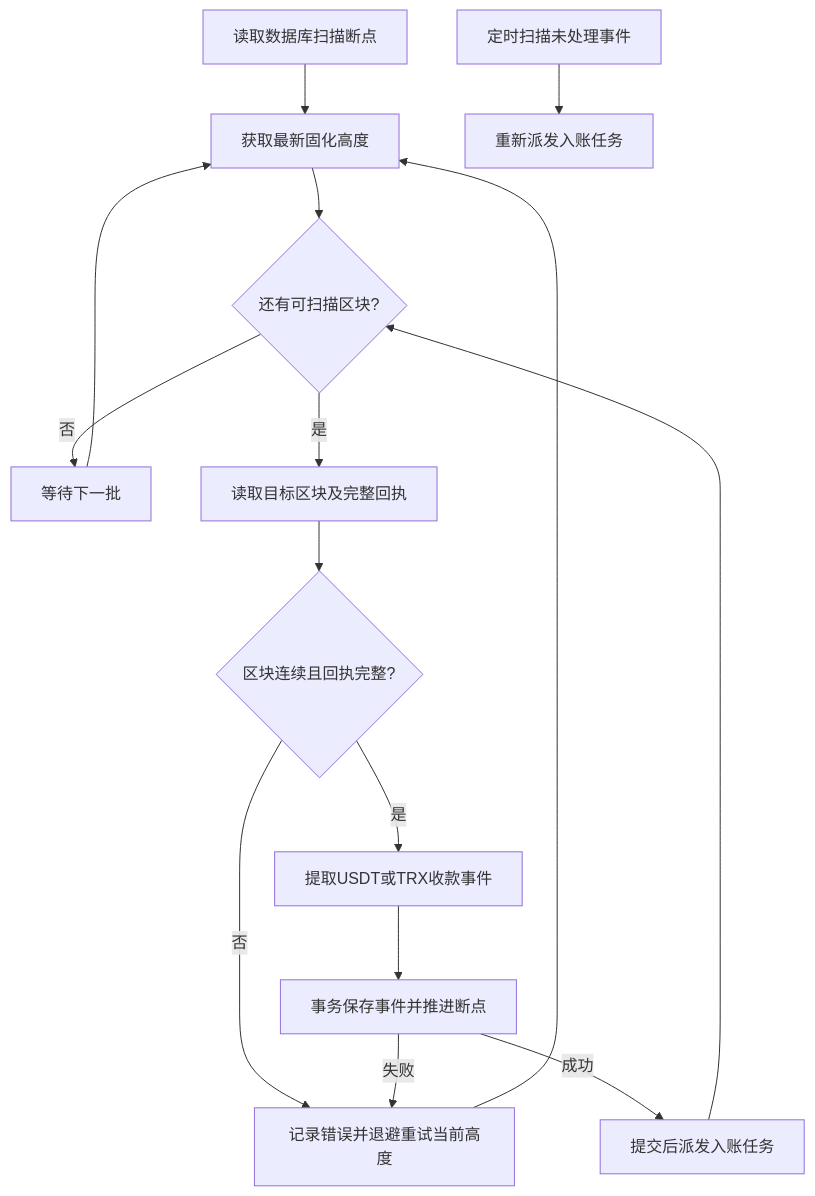
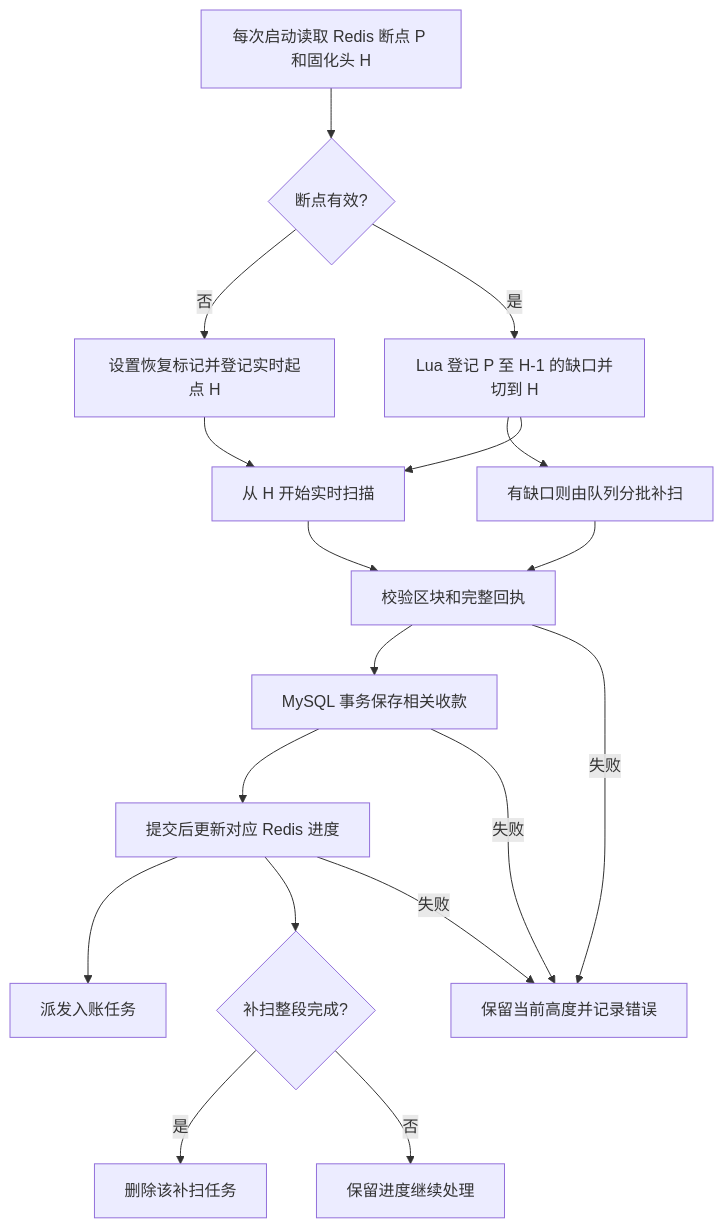
One commit to card-engine/game-platform changed the second of 3 diagrams in simple-vue充值技术方案.md. Above: the diagram before and after it, drawn with Mermaid. The commit also changed other lines of this file and 57 other files, not shown here.

Commit message:
feat: 实现自营充值扫块入账及自有币种图标

````diff
--- a/simple-vue充值技术方案.md
+++ b/simple-vue充值技术方案.md
@@ -182,17 +272,20 @@
 ```mermaid
 flowchart TD
-    A[读取数据库扫描断点] --> B[获取最新固化高度]
-    B --> C{还有可扫描区块?}
-    C -- 否 --> D[等待下一批]
-    D --> B
-    C -- 是 --> E[读取目标区块及完整回执]
-    E --> F{区块连续且回执完整?}
-    F -- 否 --> G[记录错误并退避重试当前高度]
-    G --> B
-    F -- 是 --> H[提取USDT或TRX收款事件]
-    H --> I[事务保存事件并推进断点]
-    I -- 失败 --> G
-    I -- 成功 --> J[提交后派发入账任务]
-    J --> C
-    K[定时扫描未处理事件] --> L[重新派发入账任务]
+    A[每次启动读取 Redis 断点 P 和固化头 H] --> B{断点有效?}
+    B -- 否 --> R[设置恢复标记并登记实时起点 H]
+    R --> E[从 H 开始实时扫描]
+    B -- 是 --> C[Lua 登记 P 至 H-1 的缺口并切到 H]
+    C --> D[有缺口则由队列分批补扫]
+    C --> E
+    D --> F[校验区块和完整回执]
+    E --> F
+    F --> G[MySQL 事务保存相关收款]
+    G --> H[提交后更新对应 Redis 进度]
+    H --> I[派发入账任务]
+    H --> J{补扫整段完成?}
+    J -- 是 --> K[删除该补扫任务]
+    J -- 否 --> L[保留进度继续处理]
+    F -- 失败 --> M[保留当前高度并记录错误]
+    G -- 失败 --> M
+    H -- 失败 --> M
 ```
````
